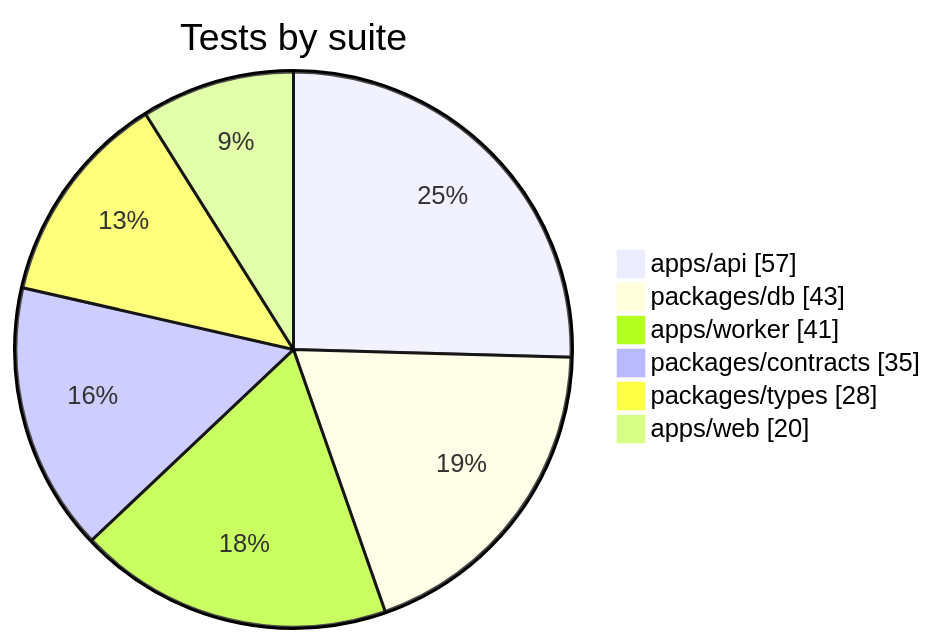
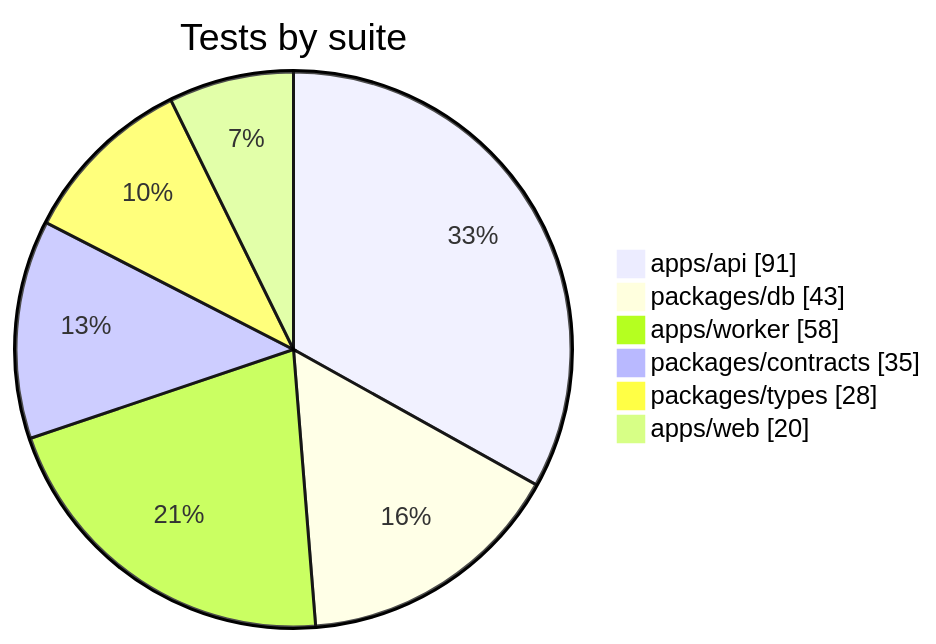
One commit to AdityaKumar41/void-space changed the ninth of 10 diagrams in docs/VOID-SPACE-Architecture-Visual.md. Above: the diagram before and after it, drawn with Mermaid. The commit also changed other lines of this file and 50 other files, not shown here.

Commit message:
feat: add job status schema and types for job management API

````diff
--- a/docs/VOID-SPACE-Architecture-Visual.md
+++ b/docs/VOID-SPACE-Architecture-Visual.md
@@ -391,10 +397,10 @@
 ```mermaid
 pie showData
     title Tests by suite
-    "apps/api" : 57
+    "apps/api" : 91
     "packages/db" : 43
-    "apps/worker" : 41
+    "apps/worker" : 58
     "packages/contracts" : 35
     "packages/types" : 28
     "apps/web" : 20
 ```
````
